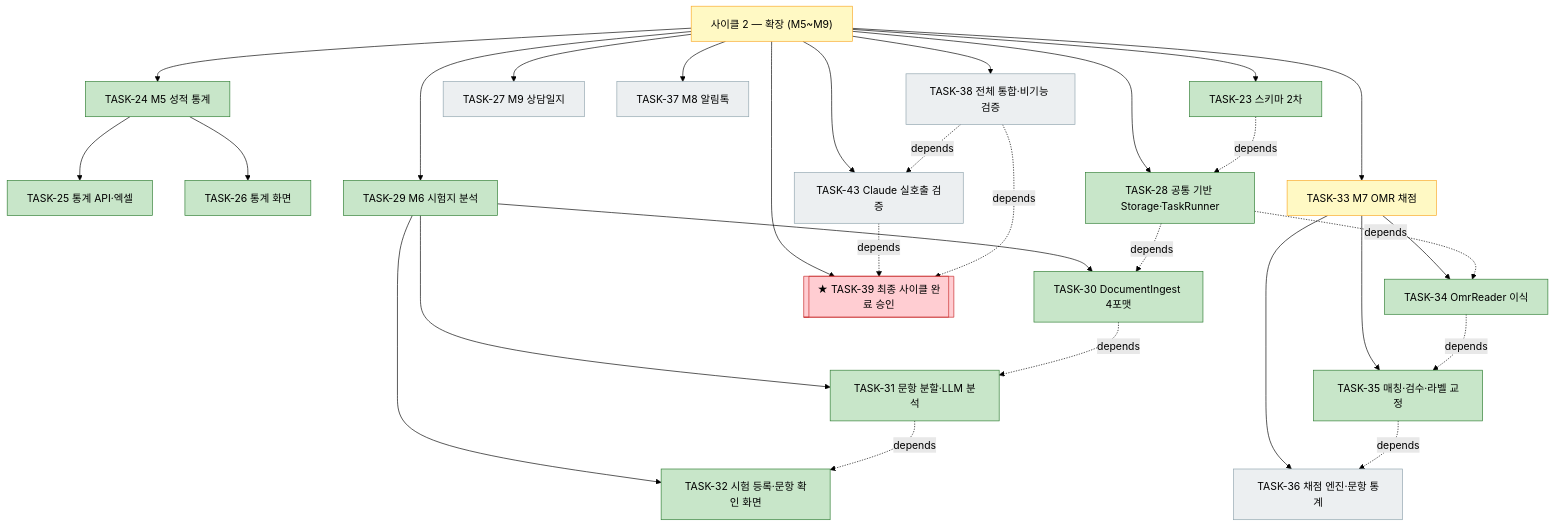
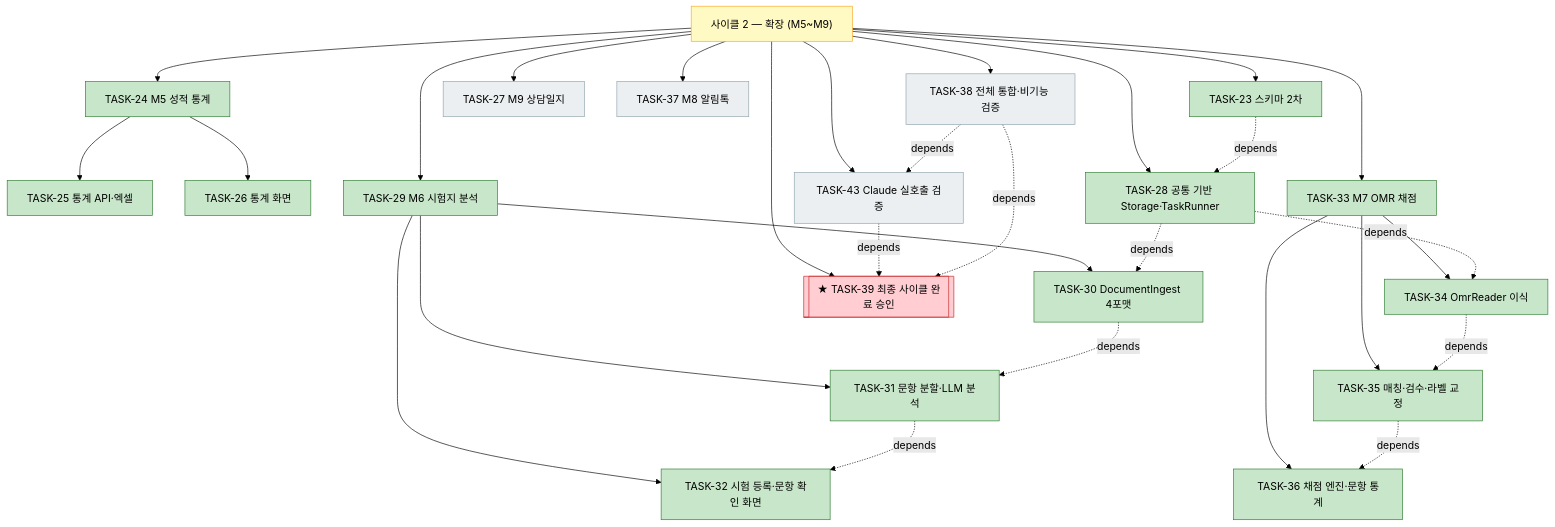
One commit to bluesky5008/mathdesk changed the third of 4 diagrams in docs/plan.md. Above: the diagram before and after it, drawn with Mermaid (forest theme). The commit also changed other lines of this file and 12 other files, not shown here.

First line of the commit message:
feat: TASK-36 채점 엔진과 문항별 통계 (M7 OMR 채점 완료)

````diff
--- a/docs/plan.md
+++ b/docs/plan.md
@@ -184,36 +184,36 @@
 ```mermaid
 flowchart TD
     C2["사이클 2 — 확장 (M5~M9)"]:::active
     C2 --> T23["TASK-23 스키마 2차"]:::done
     C2 --> T24["TASK-24 M5 성적 통계"]:::done
     T24 --> T25["TASK-25 통계 API·엑셀"]:::done
     T24 --> T26["TASK-26 통계 화면"]:::done
     C2 --> T27["TASK-27 M9 상담일지"]:::todo
     C2 --> T28["TASK-28 공통 기반 Storage·TaskRunner"]:::done
     C2 --> T29["TASK-29 M6 시험지 분석"]:::done
     T29 --> T30["TASK-30 DocumentIngest 4포맷"]:::done
     T29 --> T31["TASK-31 문항 분할·LLM 분석"]:::done
     T29 --> T32["TASK-32 시험 등록·문항 확인 화면"]:::done
-    C2 --> T33["TASK-33 M7 OMR 채점"]:::active
+    C2 --> T33["TASK-33 M7 OMR 채점"]:::done
     T33 --> T34["TASK-34 OmrReader 이식"]:::done
     T33 --> T35["TASK-35 매칭·검수·라벨 교정"]:::done
-    T33 --> T36["TASK-36 채점 엔진·문항 통계"]:::todo
+    T33 --> T36["TASK-36 채점 엔진·문항 통계"]:::done
     C2 --> T37["TASK-37 M8 알림톡"]:::todo
     C2 --> T38["TASK-38 전체 통합·비기능 검증"]:::todo
     C2 --> T43["TASK-43 Claude 실호출 검증"]:::todo
     C2 --> T39[["★ TASK-39 최종 사이클 완료 승인"]]:::gate
     T23 -. depends .-> T28
     T28 -. depends .-> T30
     T30 -. depends .-> T31
     T31 -. depends .-> T32
     T28 -. depends .-> T34
     T34 -. depends .-> T35
     T35 -. depends .-> T36
     T38 -. depends .-> T43
     T43 -. depends .-> T39
     T38 -. depends .-> T39
     classDef done fill:#c8e6c9,stroke:#2e7d32
     classDef active fill:#fff9c4,stroke:#f9a825
     classDef todo fill:#eceff1,stroke:#90a4ae
     classDef gate fill:#ffcdd2,stroke:#c62828
 ```
````
